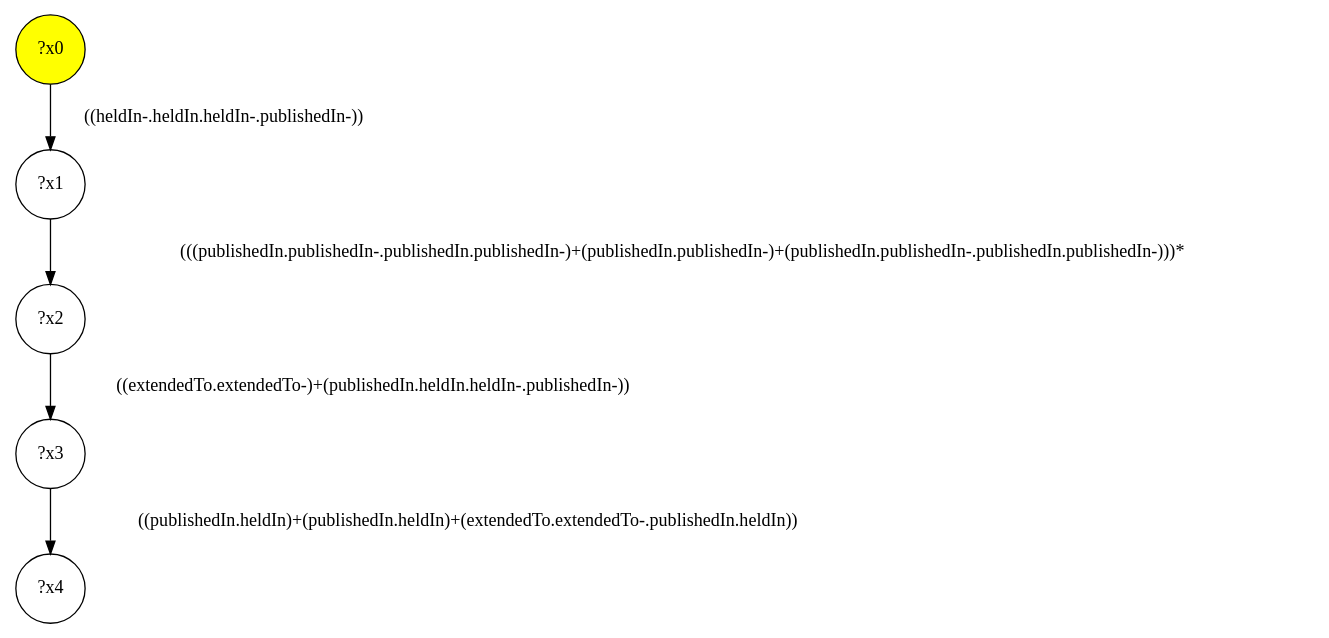
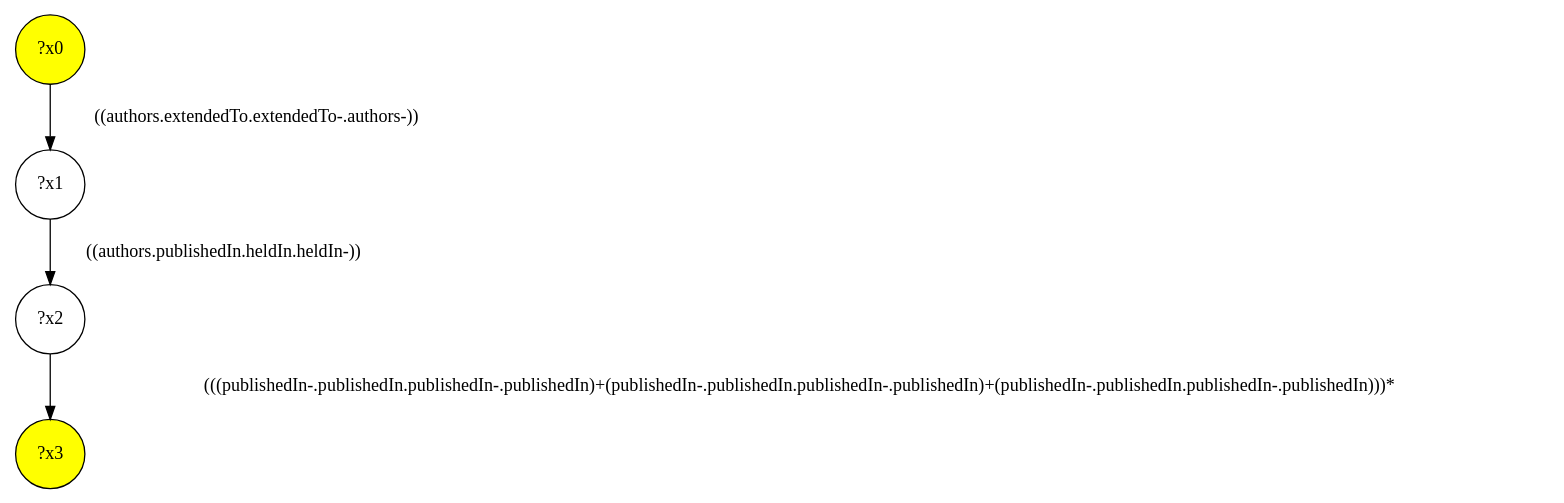
One commit to gbagan/gmark changed the diagram in demo/test-a/test-a-interface/query-12.dot. Above: the diagram before and after it, drawn with Graphviz. The commit also changed 707 other files, not shown here.

```diff
--- a/demo/test-a/test-a-interface/query-12.dot
+++ b/demo/test-a/test-a-interface/query-12.dot
@@ -1,11 +1,9 @@
 digraph g {
 	x0 [fillcolor="yellow", style="filled," shape=circle, label="?x0"];
+	x3 [fillcolor="yellow", style="filled," shape=circle, label="?x3"];
 	x1 [shape=circle, label="?x1"];
-	x0 -> x1 [label="((heldIn-.heldIn.heldIn-.publishedIn-))"];
+	x0 -> x1 [label="((authors.extendedTo.extendedTo-.authors-))"];
 	x2 [shape=circle, label="?x2"];
-	x1 -> x2 [label="(((publishedIn.publishedIn-.publishedIn.publishedIn-)+(publishedIn.publishedIn-)+(publishedIn.publishedIn-.publishedIn.publishedIn-)))*"];
-	x3 [shape=circle, label="?x3"];
-	x2 -> x3 [label="((extendedTo.extendedTo-)+(publishedIn.heldIn.heldIn-.publishedIn-))"];
-	x4 [shape=circle, label="?x4"];
-	x3 -> x4 [label="((publishedIn.heldIn)+(publishedIn.heldIn)+(extendedTo.extendedTo-.publishedIn.heldIn))"];
+	x1 -> x2 [label="((authors.publishedIn.heldIn.heldIn-))"];
+	x2 -> x3 [label="(((publishedIn-.publishedIn.publishedIn-.publishedIn)+(publishedIn-.publishedIn.publishedIn-.publishedIn)+(publishedIn-.publishedIn.publishedIn-.publishedIn)))*"];
 }
```
